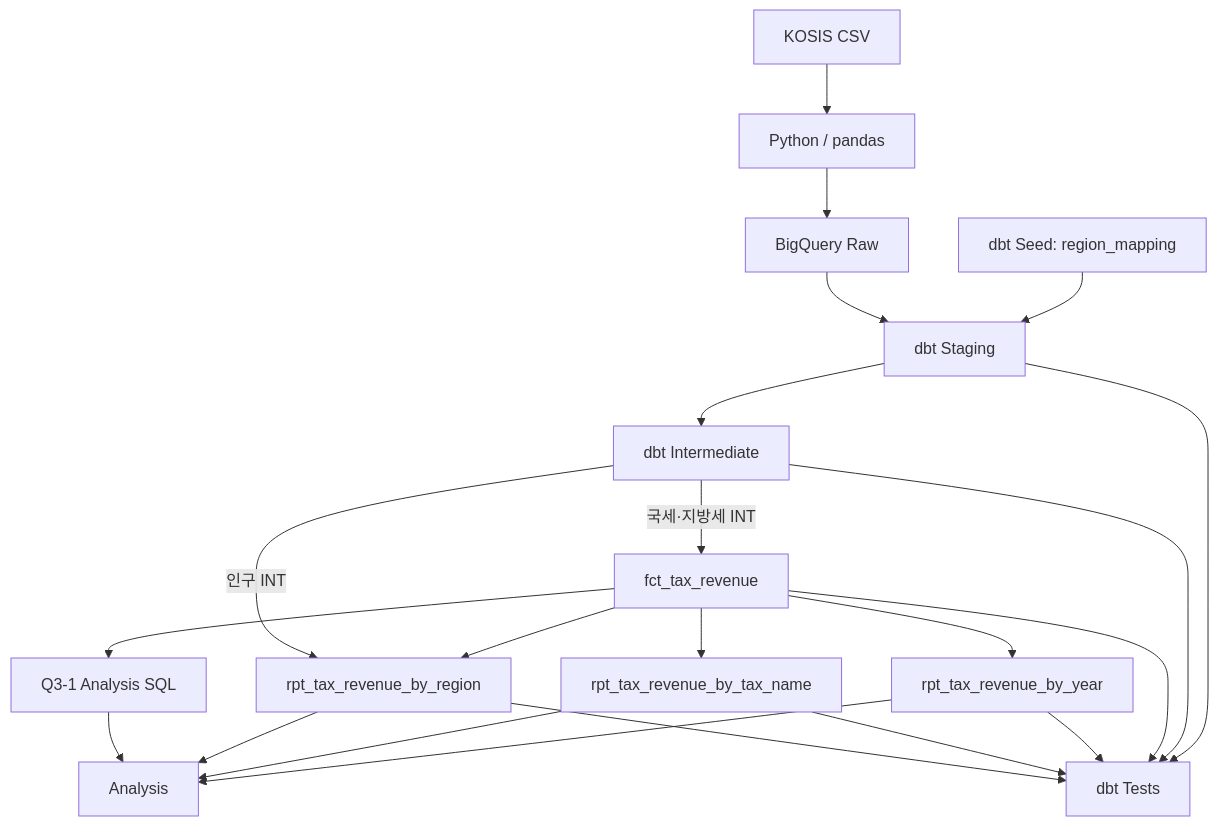
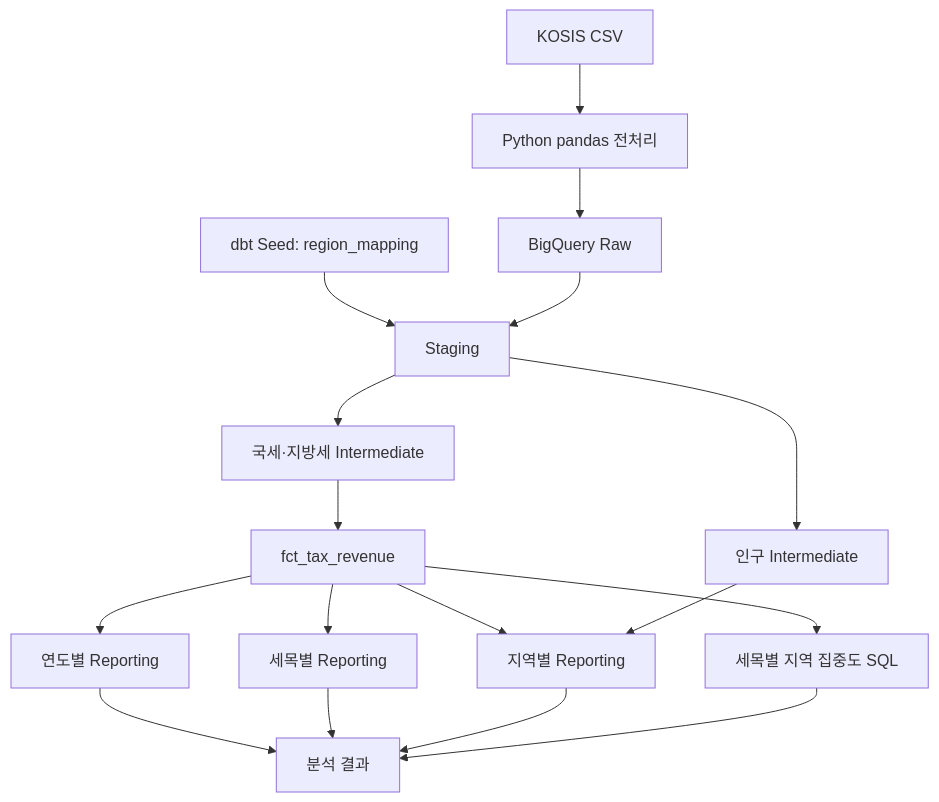
One commit to Kai07790/dbt_project_1_tax changed the diagram in README.md. Above: the diagram before and after it, drawn with Mermaid. The commit also changed other lines of this file and 4 other files, not shown here.

````diff
--- a/README.md
+++ b/README.md
@@ -277,31 +39,19 @@
 ```mermaid
 flowchart TD
-    A[KOSIS CSV] --> B[Python / pandas]
+    A[KOSIS CSV] --> B[Python pandas 전처리]
     B --> C[BigQuery Raw]
-
-    S[dbt Seed: region_mapping] --> D[dbt Staging]
-    C --> D
-
-    D --> E[dbt Intermediate]
-
-    E -->|국세·지방세 INT| F[fct_tax_revenue]
-
-    F --> G[rpt_tax_revenue_by_year]
-    F --> H[rpt_tax_revenue_by_tax_name]
-    F --> I[rpt_tax_revenue_by_region]
-
-    E -->|인구 INT| I
-
-    F --> J[Q3-1 Analysis SQL]
-    G --> K[Analysis]
-    H --> K
-    I --> K
-    J --> K
-
-    D --> T[dbt Tests]
-    E --> T
-    F --> T
-    G --> T
-    H --> T
-    I --> T
+    D[dbt Seed: region_mapping] --> E[Staging]
+    C --> E
+    E --> F[국세·지방세 Intermediate]
+    E --> G[인구 Intermediate]
+    F --> H[fct_tax_revenue]
+    H --> I[연도별 Reporting]
+    H --> J[세목별 Reporting]
+    H --> K[지역별 Reporting]
+    G --> K
+    H --> L[세목별 지역 집중도 SQL]
+    I --> M[분석 결과]
+    J --> M
+    K --> M
+    L --> M
 ```
````
